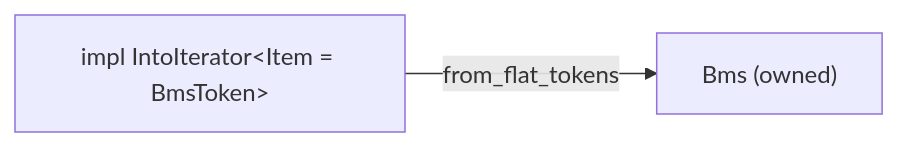
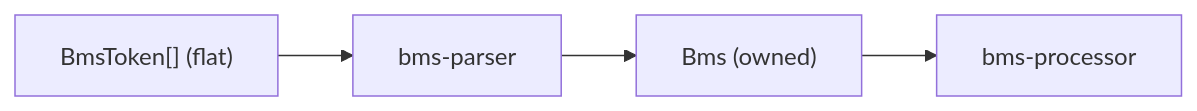
The diagram in bms/parser/AGENTS.md (brightmeows/bmsrs), drawn with Mermaid before and after one commit. The commit also changed other lines of this file and 10 other files, not shown here.

````diff
--- a/bms/parser/AGENTS.md
+++ b/bms/parser/AGENTS.md
@@ -36,7 +10,6 @@
 ```mermaid
 flowchart LR
-    Flat["impl IntoIterator&lt;Item = BmsToken&gt;"]
-    Bms["Bms (owned)"]
-
-    Flat -- from_flat_tokens --> Bms
+    Tok["BmsToken[] (flat)"] --> Par[bms-parser]
+    Par --> Bms["Bms (owned)"]
+    Bms --> Proc[bms-processor]
 ```
````
